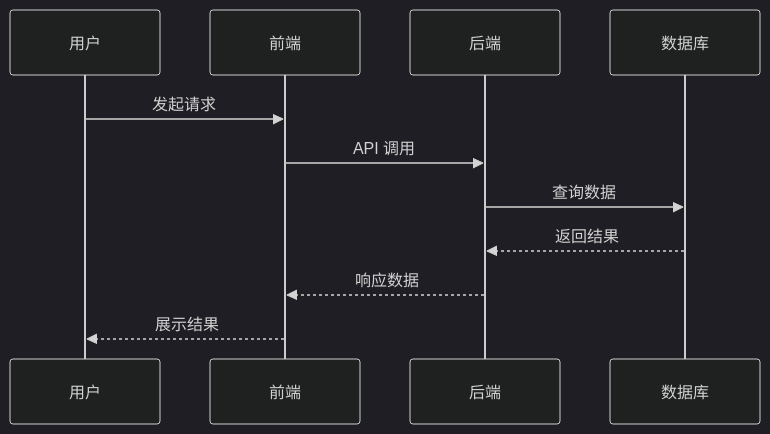
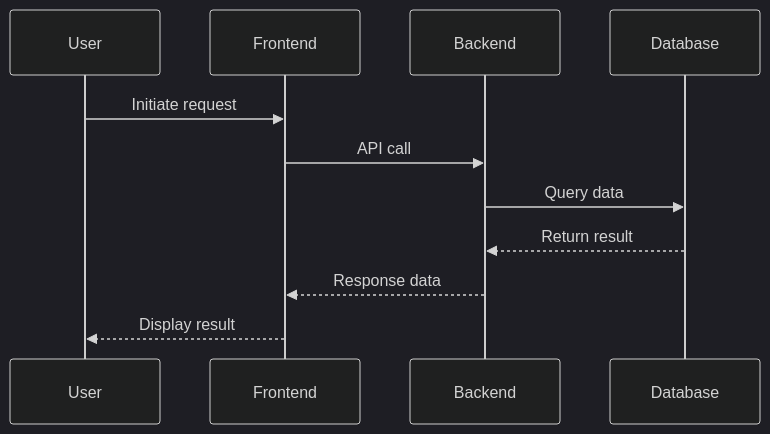
Before and after one commit to mjczz/project-analyzer: the third of 16 diagrams in TEMPLATE.md, drawn with Mermaid (dark theme). The commit also changed other lines of this file and 8 other files, not shown here.

````diff
--- a/TEMPLATE.md
+++ b/TEMPLATE.md
@@ -82,14 +82,14 @@
 ```mermaid
 sequenceDiagram
-    participant User as 用户
-    participant Frontend as 前端
-    participant Backend as 后端
-    participant DB as 数据库
+    participant User as User
+    participant Frontend as Frontend
+    participant Backend as Backend
+    participant DB as Database
 
-    User->>Frontend: 发起请求
-    Frontend->>Backend: API 调用
-    Backend->>DB: 查询数据
-    DB-->>Backend: 返回结果
-    Backend-->>Frontend: 响应数据
-    Frontend-->>User: 展示结果
+    User->>Frontend: Initiate request
+    Frontend->>Backend: API call
+    Backend->>DB: Query data
+    DB-->>Backend: Return result
+    Backend-->>Frontend: Response data
+    Frontend-->>User: Display result
 ```
````
